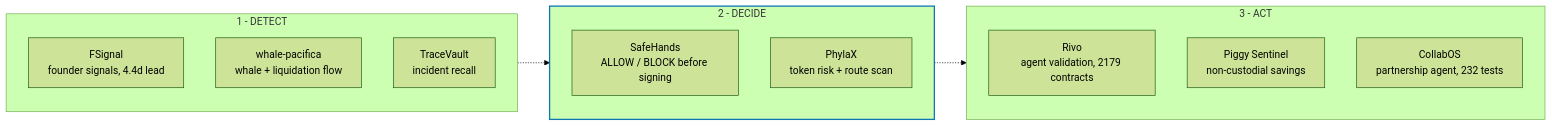
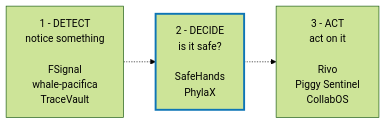
The diagram in README.md (Rzbyte/Rzbyte), drawn with Mermaid (forest theme) before and after one commit. The commit also changed other lines of this file, not shown here.

Commit message:
Diagram: buang subgraph, teks jadi terbaca
Subgraph mengabaikan "direction TB" ketika ikut dalam panah, jadi
kesembilan node berjajar mendatar: diagram jadi 8 node lebar dan teksnya
mengecil sampai tidak terbaca di halaman profil.

Diganti tiga node biasa yang masing-masing memuat daftar proyeknya.
Tata letaknya tidak lagi bergantung pada perilaku subgraph, dan tiap
kotak punya ruang untuk teks berukuran normal.

Claude-Session: https://claude.ai/code/session_01BzMY3U7Z6UgyGxSRYrbos1

````diff
--- a/README.md
+++ b/README.md
@@ -21,26 +21,10 @@
 ```mermaid
 flowchart LR
-    subgraph DETECT["1 - DETECT"]
-        direction TB
-        F["FSignal<br/>founder signals, 4.4d lead"]
-        W["whale-pacifica<br/>whale + liquidation flow"]
-        T["TraceVault<br/>incident recall"]
-    end
+    D["1 - DETECT<br/>notice something<br/> <br/>FSignal<br/>whale-pacifica<br/>TraceVault"]
+    E["2 - DECIDE<br/>is it safe?<br/> <br/>SafeHands<br/>PhylaX"]
+    A["3 - ACT<br/>act on it<br/> <br/>Rivo<br/>Piggy Sentinel<br/>CollabOS"]
 
-    subgraph DECIDE["2 - DECIDE"]
-        direction TB
-        S["SafeHands<br/>ALLOW / BLOCK before signing"]
-        P["PhylaX<br/>token risk + route scan"]
-    end
+    D -.-> E -.-> A
 
-    subgraph ACT["3 - ACT"]
-        direction TB
-        R["Rivo<br/>agent validation, 2179 contracts"]
-        PS["Piggy Sentinel<br/>non-custodial savings"]
-        C["CollabOS<br/>partnership agent, 232 tests"]
-    end
-
-    DETECT -.-> DECIDE -.-> ACT
-
-    style DECIDE stroke:#0e75b6,stroke-width:2px
+    style E stroke:#0e75b6,stroke-width:3px
 ```
````
